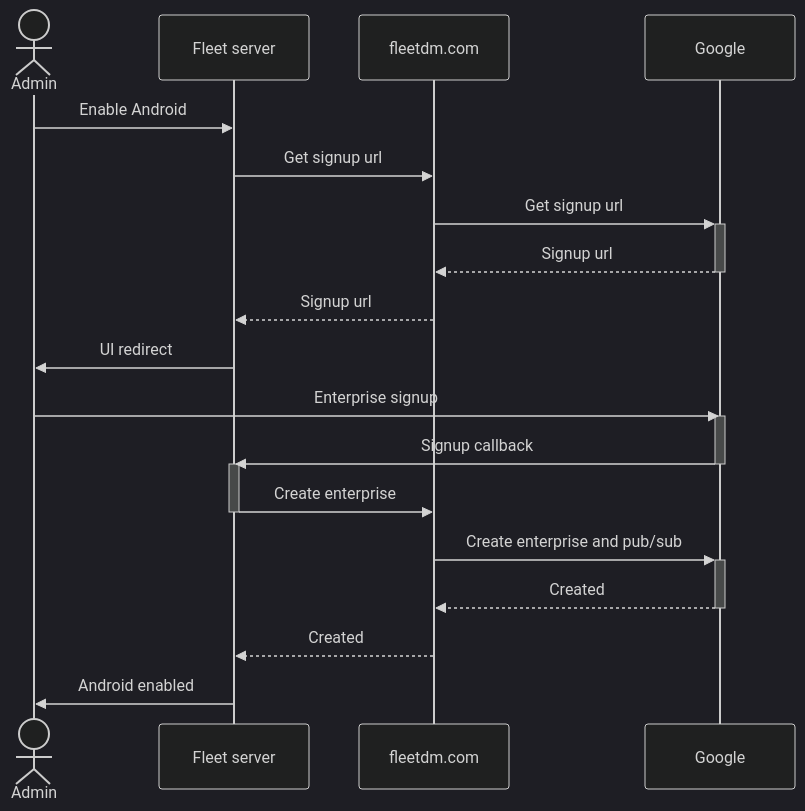
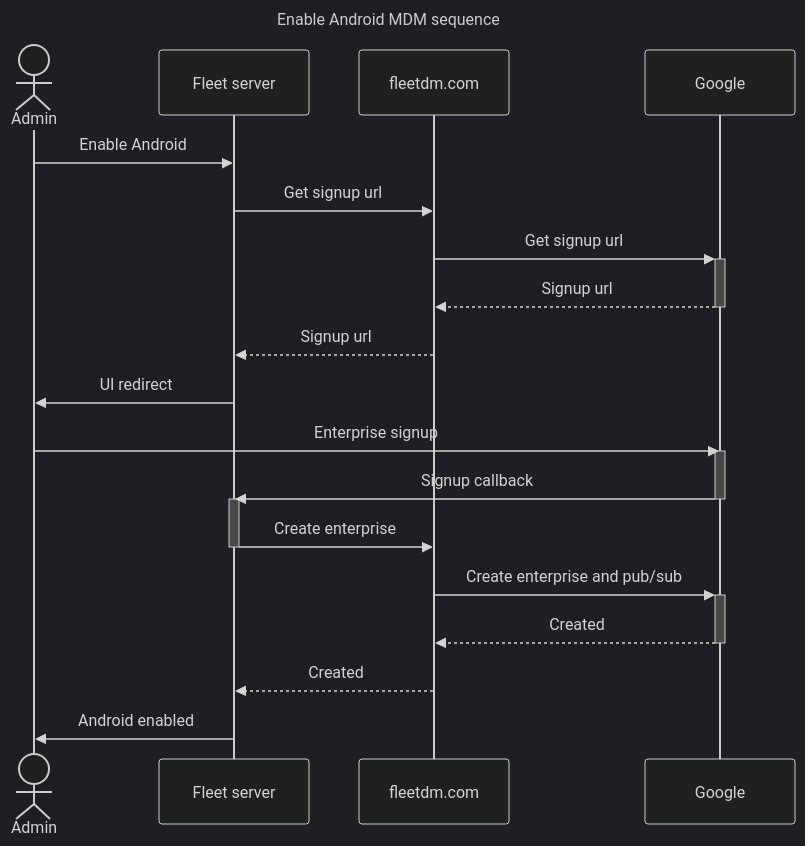
One commit to fleetdm/fleet changed the first of 2 diagrams in docs/Contributing/MDM-Android.md. Above: the diagram before and after it, drawn with Mermaid (dark theme). The commit also changed other lines of this file, not shown here.

Commit message:
Added diagram titles.

````diff
--- a/docs/Contributing/MDM-Android.md
+++ b/docs/Contributing/MDM-Android.md
@@ -26,24 +28,27 @@
 ```mermaid
+---
+title: Enable Android MDM sequence
+---
 sequenceDiagram
     actor Admin
     participant Fleet server
     participant fleetdm.com
     participant Google
     Admin->>Fleet server: Enable Android
     Fleet server->>fleetdm.com: Get signup url
     fleetdm.com->>+Google: Get signup url
     Google-->>-fleetdm.com: Signup url
     fleetdm.com-->>Fleet server: Signup url
     Fleet server->>Admin: UI redirect
     Admin->>Google: Enterprise signup
     activate Google
     Google->>Fleet server: Signup callback
     deactivate Google
     activate Fleet server
     Fleet server->>fleetdm.com: Create enterprise
     deactivate Fleet server
     fleetdm.com->>+Google: Create enterprise and pub/sub
     Google-->>-fleetdm.com: Created
     fleetdm.com-->>Fleet server: Created
     Fleet server->>Admin: Android enabled
 ```
````
